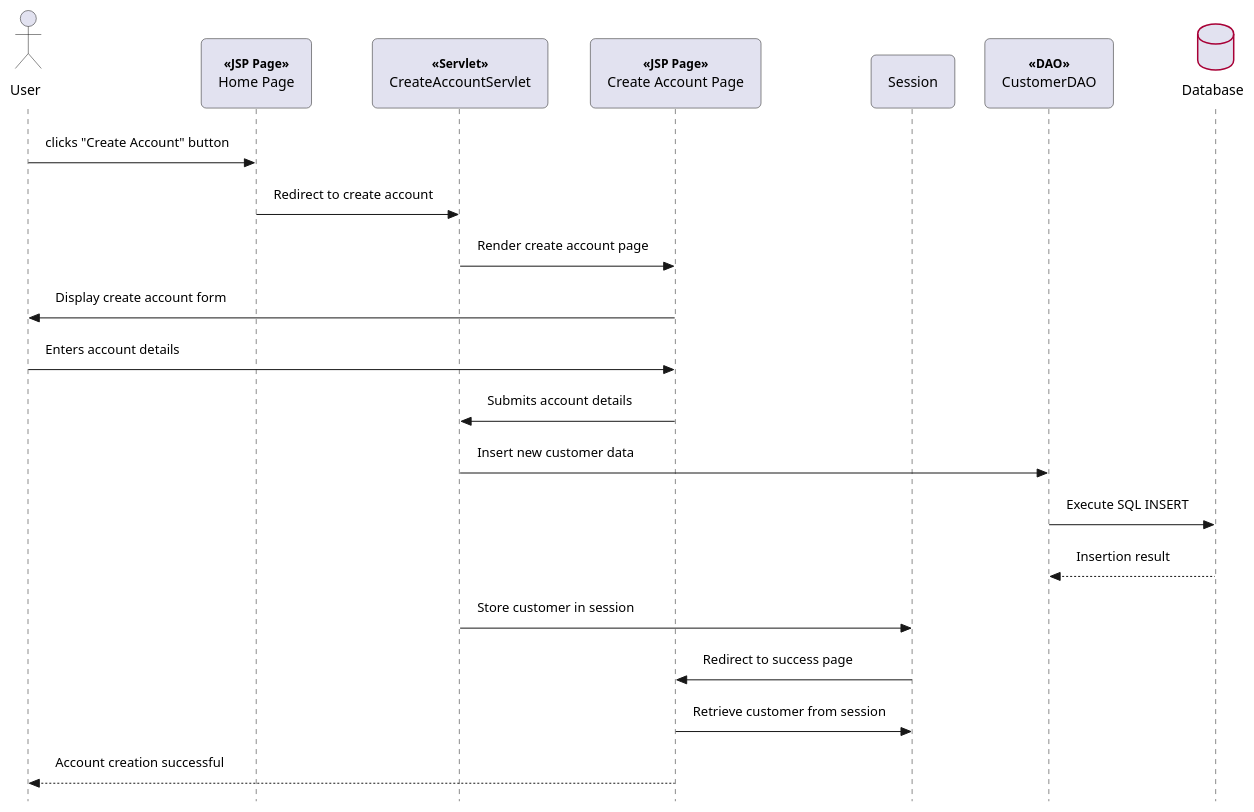
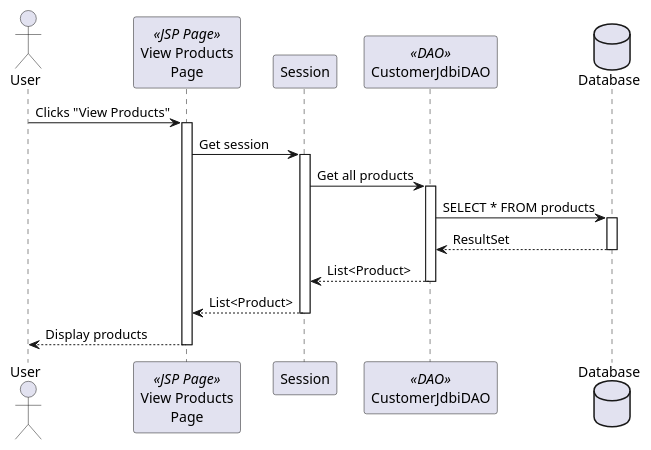
The diagram in diagrams/help.puml (dyrel78/INFO-202), drawn with PlantUML before and after one commit. The commit also changed 10 other files, not shown here.

Commit message:
Finished Diagram Closes Issue # 18

```diff
--- a/diagrams/help.puml
+++ b/diagrams/help.puml
@@ -1,47 +1,33 @@
 @startuml
 
-' === Style Tweaks ===
-
-skinparam {
-  Style StrictUML
-  RoundCorner 10
-  ParticipantPadding 10
-  Padding 10
-  SequenceStereotype {
-    Font {
-      Size 12
-      Style bold
-    }
-  }
-  Database {
-    BorderColor #A80036
-  }
-}
-
-' === Actors / Participants
+' === Actors / Participants ===
 
 actor "User" as user
-participant "Home Page" as homePage << JSP Page >>
-participant "CreateAccountServlet" as createServlet <<Servlet>>
-participant "Create Account Page" as createPage << JSP Page >>
+participant "View Products\nPage" as viewPage << JSP Page >>
 participant "Session" as session
-participant "CustomerDAO" as dao << DAO >>
+participant "CustomerJdbiDAO" as dao << DAO >>
 database "Database" as db
 
 ' === Interactions ===
 
-user -> homePage : clicks "Create Account" button
-homePage -> createServlet : Redirect to create account
-createServlet -> createPage : Render create account page
-createPage -> user : Display create account form
-user -> createPage : Enters account details
-createPage -> createServlet : Submits account details
-createServlet -> dao : Insert new customer data
-dao -> db : Execute SQL INSERT
-db --> dao : Insertion result
-createServlet -> session : Store customer in session
-session -> createPage : Redirect to success page
-createPage -> session : Retrieve customer from session
-createPage --> user : Account creation successful
+user -> viewPage: Clicks "View Products"
+activate viewPage
+
+viewPage -> session: Get session
+activate session
+
+session -> dao: Get all products
+activate dao
+dao -> db: SELECT * FROM products
+activate db
+
+db --> dao: ResultSet
+deactivate db
+dao --> session: List<Product>
+deactivate dao
+session --> viewPage: List<Product>
+deactivate session
+viewPage --> user: Display products
+deactivate viewPage
 
 @enduml
```
